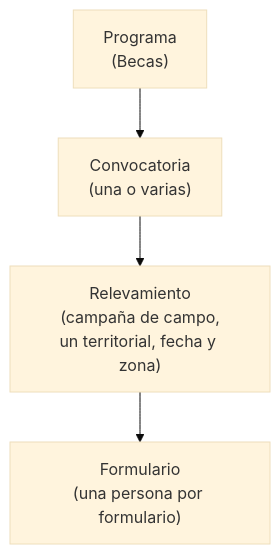
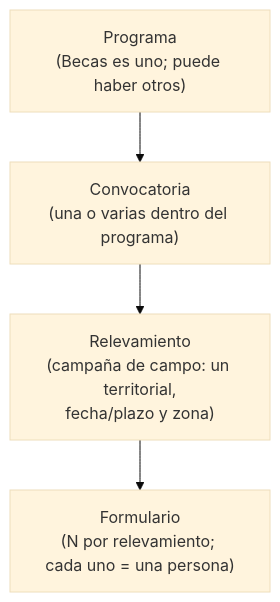
Before and after one commit to Mkdir-arg/Chaco-Back: the first of 2 diagrams in docs/client/funcionalidades/programa-becas.md, drawn with Mermaid (base theme). The commit also changed other lines of this file, not shown here.

````diff
--- a/docs/client/funcionalidades/programa-becas.md
+++ b/docs/client/funcionalidades/programa-becas.md
@@ -41,6 +45,6 @@
 ```mermaid
 flowchart TD
-    P["Programa<br/>(Becas)"] --> C["Convocatoria<br/>(una o varias)"]
-    C --> R["Relevamiento<br/>(campaña de campo,<br/>un territorial, fecha y zona)"]
-    R --> F["Formulario<br/>(una persona por formulario)"]
+    P["Programa<br/>(Becas es uno; puede haber otros)"] --> C["Convocatoria<br/>(una o varias dentro del programa)"]
+    C --> R["Relevamiento<br/>(campaña de campo: un territorial,<br/>fecha/plazo y zona)"]
+    R --> F["Formulario<br/>(N por relevamiento; cada uno = una persona)"]
 ```
````
